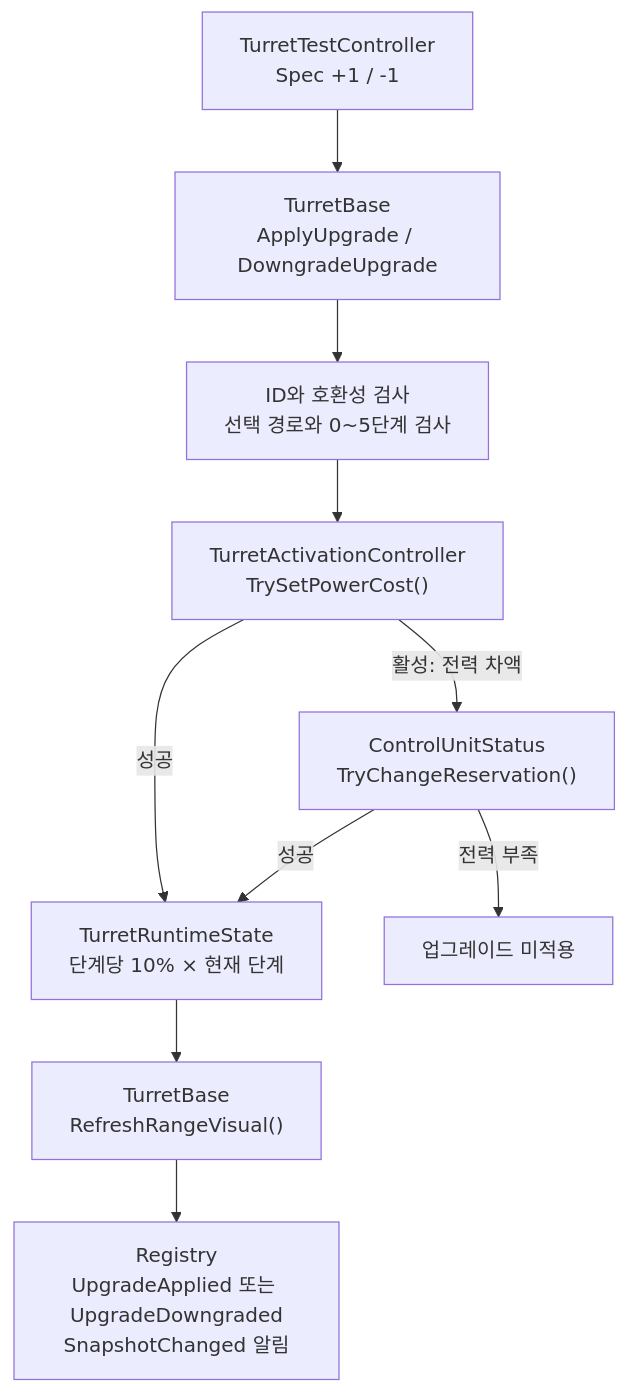
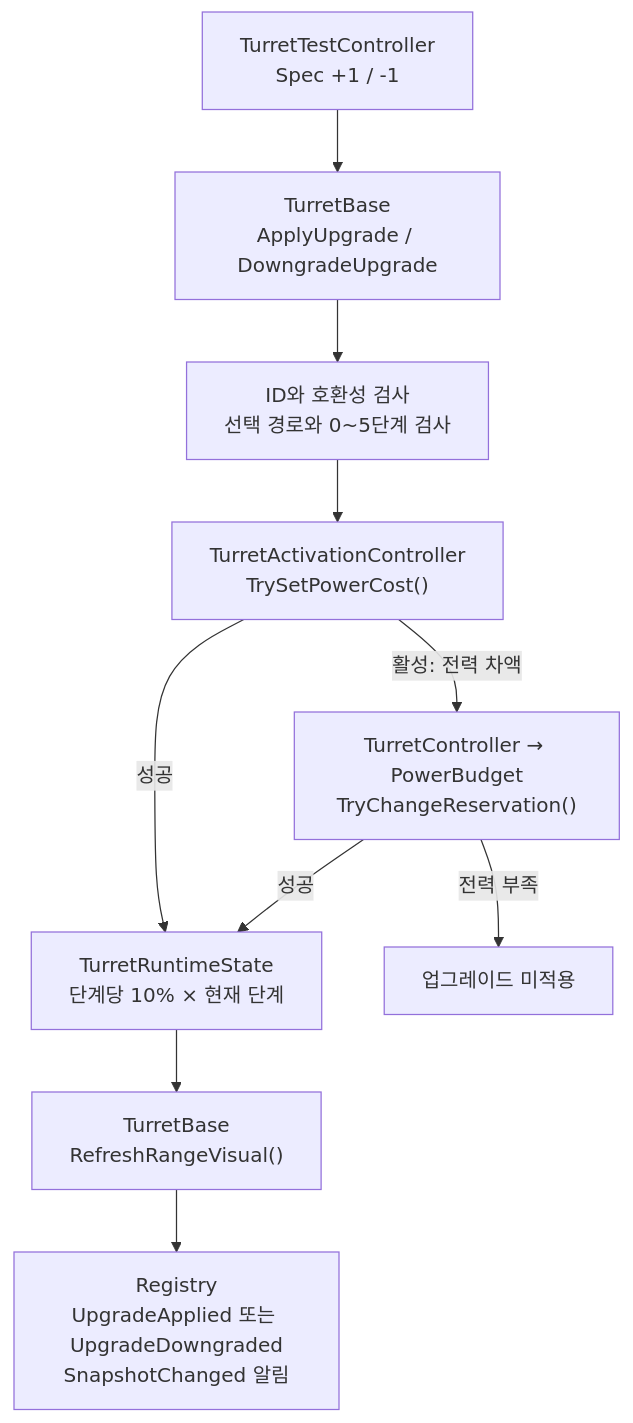
Before and after one commit to Team-HJD-21/unity-6-the-developer: diagram 11 of 15 in Docs/architecture/turret-system-guide.md, drawn with Mermaid. The commit also changed other lines of this file, not shown here.

Commit message:
docs(turret): document power ownership and controller snapshot APIs

````diff
--- a/Docs/architecture/turret-system-guide.md
+++ b/Docs/architecture/turret-system-guide.md
@@ -417,12 +487,12 @@
 ```mermaid
 flowchart TD
     UI["TurretTestController<br>Spec +1 / -1"] --> Base["TurretBase<br>ApplyUpgrade / DowngradeUpgrade"]
     Base --> Check["ID와 호환성 검사<br>선택 경로와 0~5단계 검사"]
     Check --> Power["TurretActivationController<br>TrySetPowerCost()"]
-    Power -->|활성: 전력 차액| CU["ControlUnitStatus<br>TryChangeReservation()"]
+    Power -->|활성: 전력 차액| CU["TurretController → PowerBudget<br>TryChangeReservation()"]
     Power -->|성공| State["TurretRuntimeState<br>단계당 10% × 현재 단계"]
     CU -->|성공| State
     CU -->|전력 부족| Reject["업그레이드 미적용"]
     State --> Visual["TurretBase<br>RefreshRangeVisual()"]
     Visual --> Event["Registry<br>UpgradeApplied 또는 UpgradeDowngraded<br>SnapshotChanged 알림"]
 ```
````
